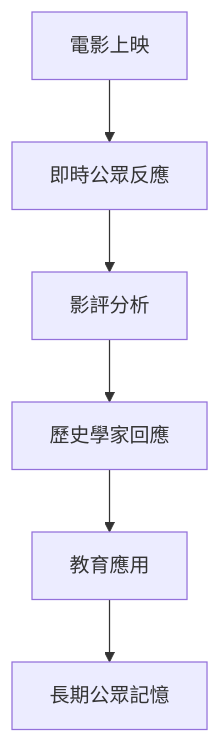
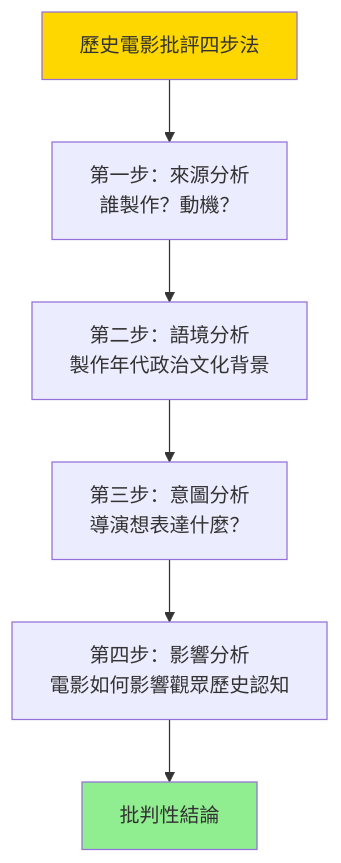
Before and after one commit to yip-lgtm/HKU-Harvard-History-Self-Study: the first of 7 diagrams in 01_HKU_Courses/HIST2031_History_through_Film.md, drawn with Mermaid. The commit also changed other lines of this file and 65 other files, not shown here.

````diff
--- a/01_HKU_Courses/HIST2031_History_through_Film.md
+++ b/01_HKU_Courses/HIST2031_History_through_Film.md
@@ -258,8 +117,10 @@
 ```mermaid
-flowchart TD
-    A[電影上映] --> B[即時公眾反應]
-    B --> C[影評分析]
-    C --> D[歷史學家回應]
-    D --> E[教育應用]
-    E --> F[長期公眾記憶]
+graph TD
+    A["歷史電影批評四步法"] --> B["第一步：來源分析<br/>誰製作？動機？"]
+    B --> C["第二步：語境分析<br/>製作年代政治文化背景"]
+    C --> D["第三步：意圖分析<br/>導演想表達什麼？"]
+    D --> E["第四步：影響分析<br/>電影如何影響觀眾歷史認知"]
+    E --> F["批判性結論"]
+    style A fill:#FFD700
+    style F fill:#90EE90
 ```
````
